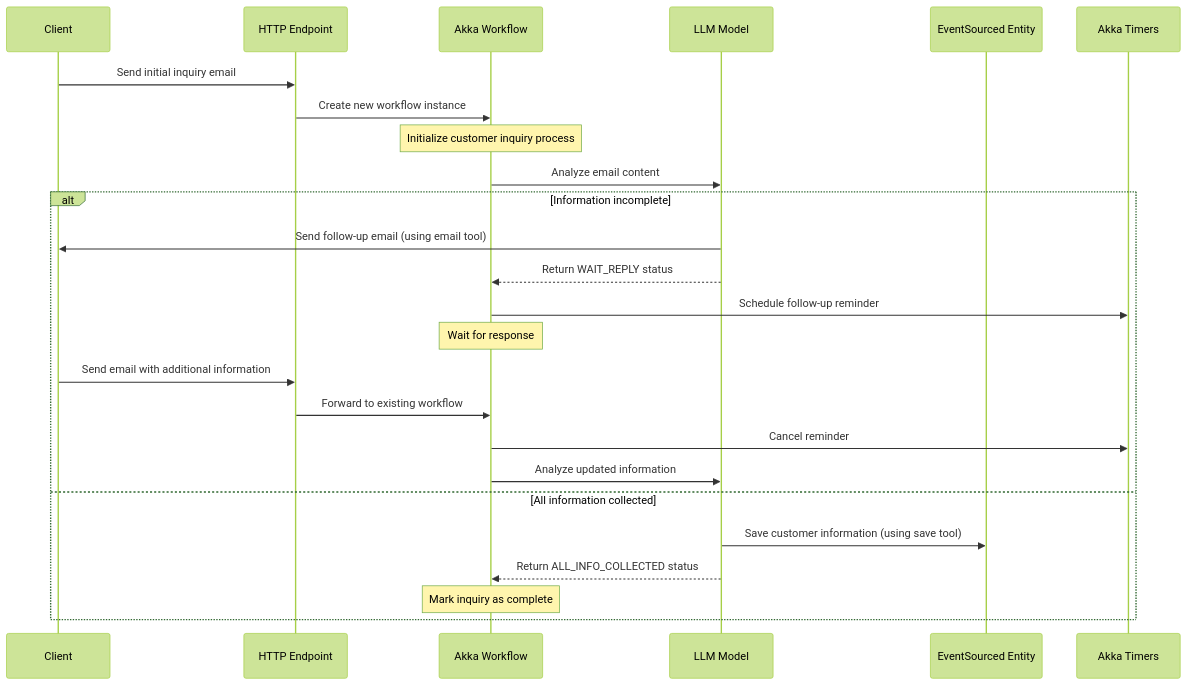
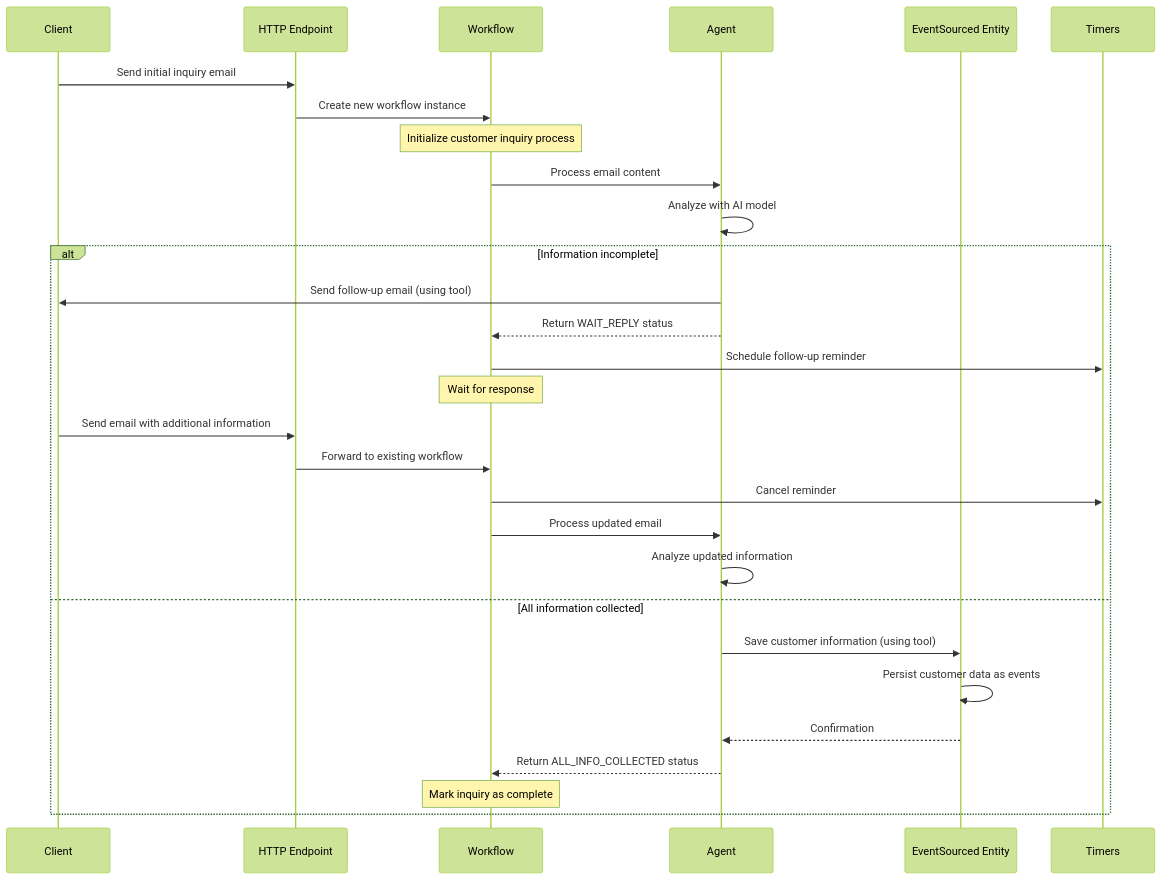
One commit to akka-samples/real-estate-cs-agent changed the diagram in README.md. Above: the diagram before and after it, drawn with Mermaid (forest theme). The commit also changed other lines of this file and 15 other files, not shown here.

````diff
--- a/README.md
+++ b/README.md
@@ -32,31 +30,35 @@
 ```mermaid
 sequenceDiagram
     participant Client
     participant HTTPEndpoint as HTTP Endpoint
-    participant Workflow as Akka Workflow
-    participant LLM as LLM Model
+    participant Workflow as Workflow
+    participant Agent as Agent
     participant Entity as EventSourced Entity
-    participant Timer as Akka Timers
+    participant Timer as Timers
 
     Client->>HTTPEndpoint: Send initial inquiry email
     HTTPEndpoint->>Workflow: Create new workflow instance
     Note over Workflow: Initialize customer inquiry process
 
-    Workflow->>LLM: Analyze email content
+    Workflow->>Agent: Process email content
+    Agent->>Agent: Analyze with AI model
 
     alt Information incomplete
-        LLM->>Client: Send follow-up email (using email tool)
-        LLM-->>Workflow: Return WAIT_REPLY status
+        Agent->>Client: Send follow-up email (using tool)
+        Agent-->>Workflow: Return WAIT_REPLY status
         Workflow->>Timer: Schedule follow-up reminder
         Note over Workflow: Wait for response
-        
+
         Client->>HTTPEndpoint: Send email with additional information
         HTTPEndpoint->>Workflow: Forward to existing workflow
         Workflow->>Timer: Cancel reminder
-        Workflow->>LLM: Analyze updated information
+        Workflow->>Agent: Process updated email
+        Agent->>Agent: Analyze updated information
     else All information collected
-        LLM->>Entity: Save customer information (using save tool)
-        LLM-->>Workflow: Return ALL_INFO_COLLECTED status
+        Agent->>Entity: Save customer information (using tool)
+        Entity->>Entity: Persist customer data as events
+        Entity-->>Agent: Confirmation
+        Agent-->>Workflow: Return ALL_INFO_COLLECTED status
         Note over Workflow: Mark inquiry as complete
     end
 ```
````
